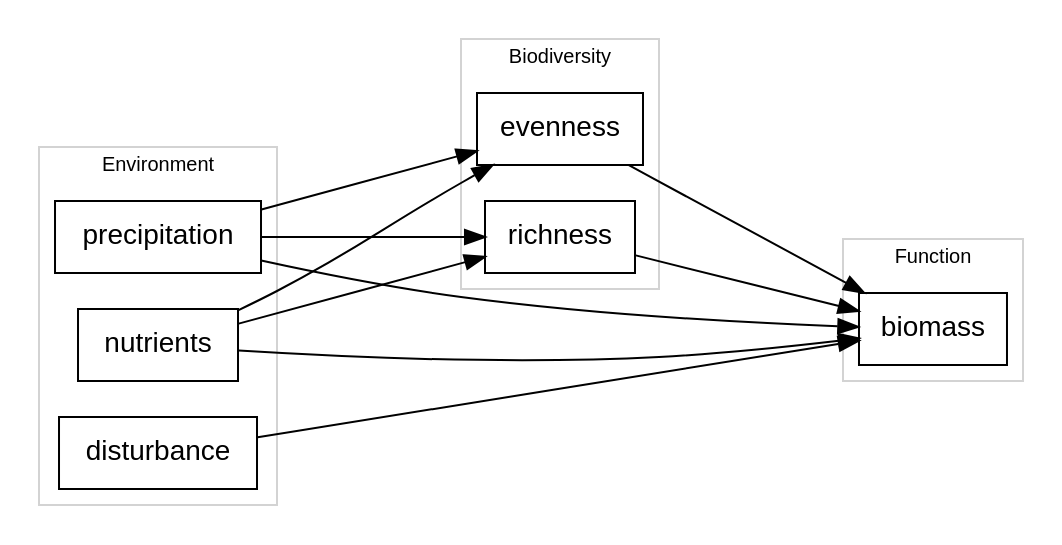
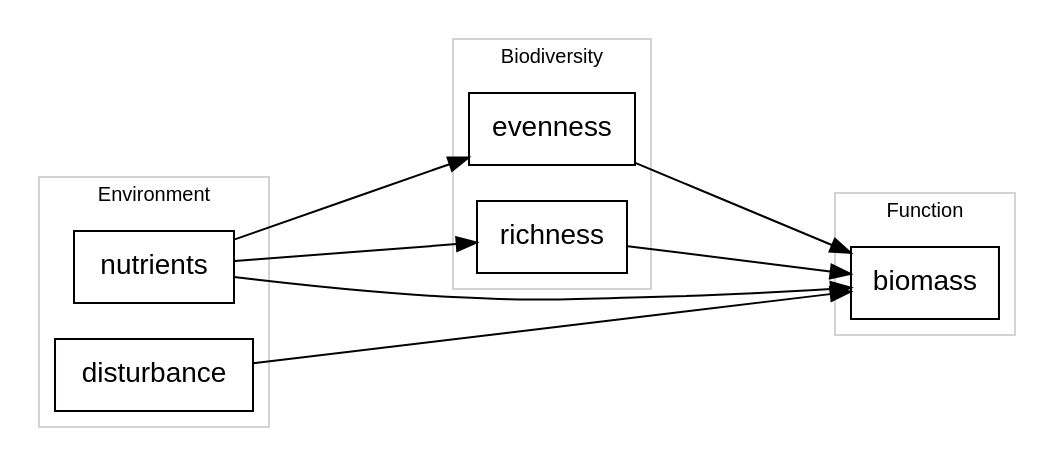
One commit to pennekampster/Swiss_SEM changed the first of 13 diagrams in 5_Slides/Intro_to_SEM_part2.qmd. Above: the diagram before and after it, drawn with Graphviz. The commit also changed other lines of this file and 3 other files, not shown here.

````diff
--- a/5_Slides/Intro_to_SEM_part2.qmd
+++ b/5_Slides/Intro_to_SEM_part2.qmd
@@ -50,48 +50,44 @@
 ```{dot}
 //| fig-width: 9
 digraph  {
 
    # a 'graph' statement
   graph [overlap = false, fontsize = 10, rankdir = LR, ranksep=1.5]
 
   # several 'node' statements
   node [shape = box,
         fontname = Helvetica]
   
    subgraph cluster_bio {
         label="Biodiversity"
         fontname = Helvetica
 		    color=lightgrey;
         evenness, richness;
         }
 
 
    subgraph cluster_env {
         label="Environment"
         fontname = Helvetica
      		color=lightgrey;
-        precipitation;
         nutrients;
         disturbance;
         }
 
-    precipitation->richness;
-    precipitation->evenness;
-    precipitation->biomass;
     nutrients->richness;
     nutrients->evenness;
     nutrients->biomass;
     disturbance -> biomass;
 
    subgraph cluster_prod {
      label="Function";
      fontname = Helvetica;
      color=lightgrey;
      biomass; 
      }
 
     evenness->biomass ;
     richness->biomass ;
   
 }
 ```
````
